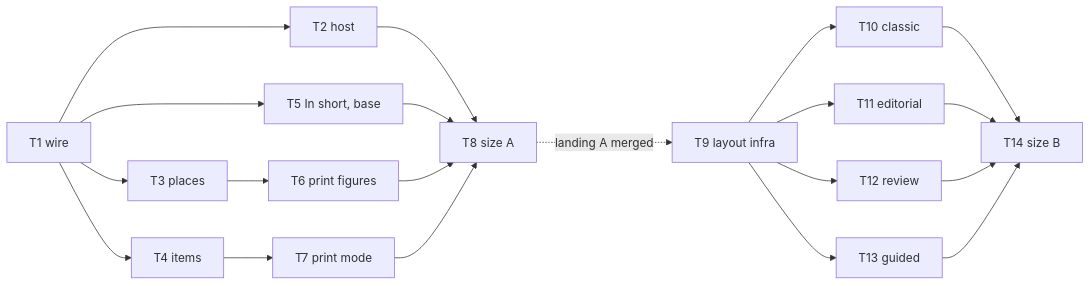
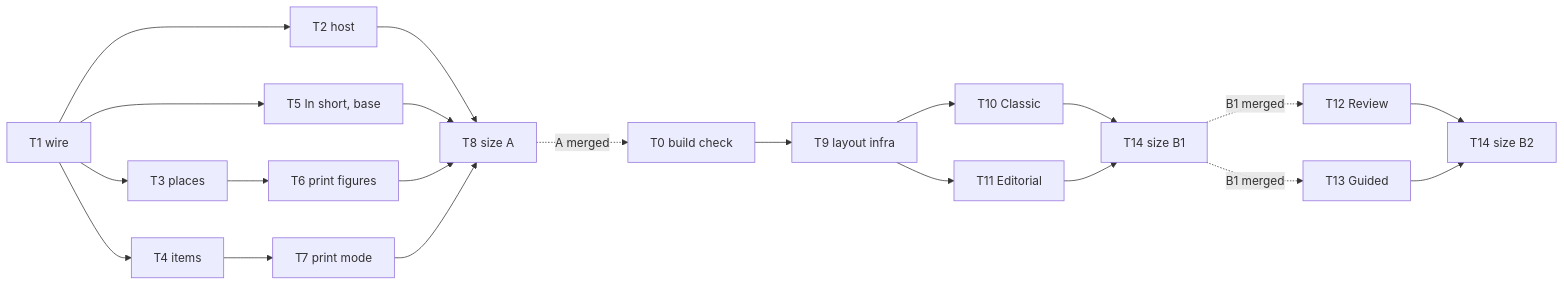
The second of 2 diagrams in docs/superpowers/plans/2026-11-20-docserver-parity-additions.md (Synapsium-Labs/docserver), drawn with Mermaid before and after one commit. The commit also changed other lines of this file and 21 other files, not shown here.

First line of the commit message:
fix: close the B1 layout review findings (docserver parity T14)

````diff
--- a/docs/superpowers/plans/2026-11-20-docserver-parity-additions.md
+++ b/docs/superpowers/plans/2026-11-20-docserver-parity-additions.md
@@ -120,22 +125,23 @@
 ```mermaid
 flowchart LR
   T1["T1 wire"] --> T2["T2 host"]
   T1 --> T3["T3 places"]
   T1 --> T4["T4 items"]
   T1 --> T5["T5 In short, base"]
   T3 --> T6["T6 print figures"]
   T4 --> T7["T7 print mode"]
   T2 --> T8["T8 size A"]
   T5 --> T8
   T6 --> T8
   T7 --> T8
-  T8 -.->|"landing A merged"| T9["T9 layout infra"]
-  T9 --> T10["T10 classic"]
-  T9 --> T11["T11 editorial"]
-  T9 --> T12["T12 review"]
-  T9 --> T13["T13 guided"]
-  T10 --> T14["T14 size B"]
-  T11 --> T14
-  T12 --> T14
-  T13 --> T14
+  T8 -.->|"A merged"| T0["T0 build check"]
+  T0 --> T9["T9 layout infra"]
+  T9 --> T10["T10 Classic"]
+  T9 --> T11["T11 Editorial"]
+  T10 --> T14B1["T14 size B1"]
+  T11 --> T14B1
+  T14B1 -.->|"B1 merged"| T12["T12 Review"]
+  T14B1 -.->|"B1 merged"| T13["T13 Guided"]
+  T12 --> T14B2["T14 size B2"]
+  T13 --> T14B2
 ```
````
